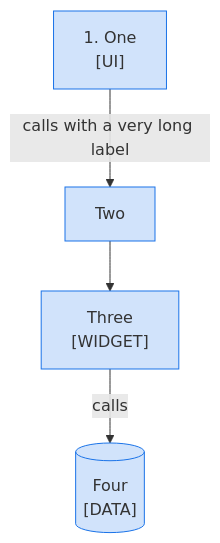
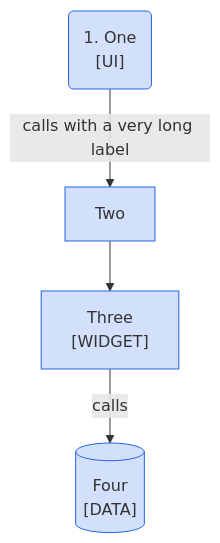
The diagram in skills/docsmith/scripts/fixtures/bad/mmd-label.md (choonchernlim/skills), drawn with Mermaid before and after one commit. The commit also changed other lines of this file and 127 other files, not shown here.

````diff
--- a/skills/docsmith/scripts/fixtures/bad/mmd-label.md
+++ b/skills/docsmith/scripts/fixtures/bad/mmd-label.md
@@ -14,9 +14,10 @@
 ```mermaid
 graph TD
-  A["1. One<br/>[UI]"] -->|"calls with a very long label"| B["Two"]
+  %%{init: {"themeCSS": ".cluster-label, .cluster-label div, .cluster-label span, .cluster-label p { text-align: center !important; }", "flowchart": {"curve": "rounded", "subGraphTitleMargin": {"top": 6, "bottom": 30}}}}%%
+  A("1. One<br/>[UI]") -->|"calls with a very long label"| B["Two"]
   B --> C["Three<br/>[WIDGET]"]
   C -->|"calls"| D[("Four<br/>[DATA]")]
 
   class A,B,C,D own
-  classDef own fill:#1a73e833,stroke:#1a73e8
+  classDef own fill:#2563eb33,stroke:#2563eb
 ```
````
